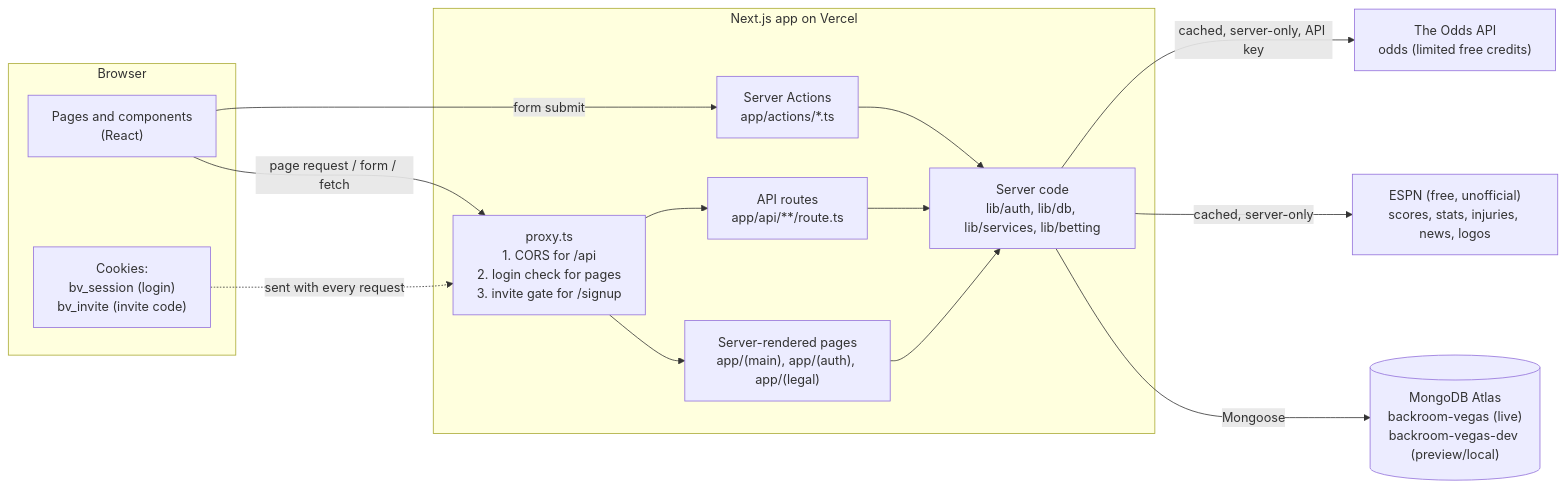
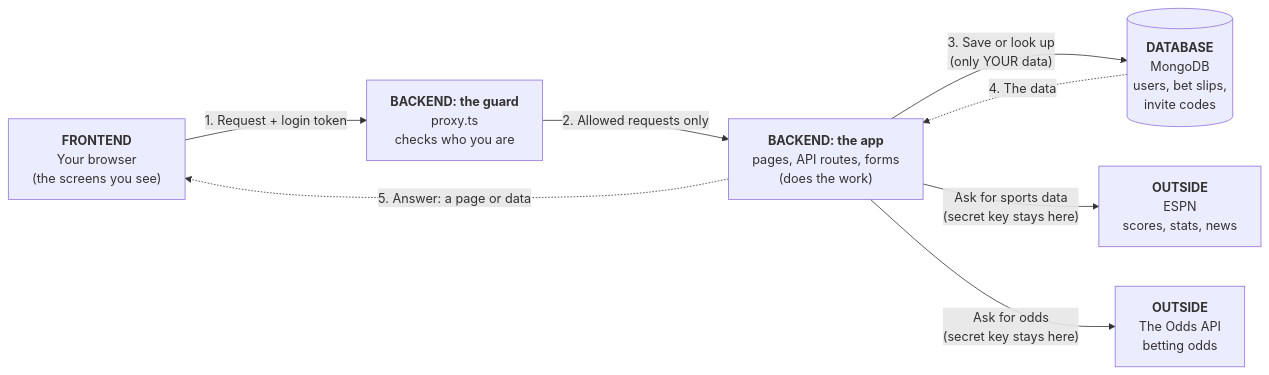
Before and after one commit to KingVictor501/backroom-vegas: the first of 2 diagrams in docs/system-diagram.md, drawn with Mermaid. The commit also changed other lines of this file, not shown here.

Commit message:
Docs: system diagram in plain English

````diff
--- a/docs/system-diagram.md
+++ b/docs/system-diagram.md
@@ -5,31 +7,17 @@
 ```mermaid
 flowchart LR
-  subgraph Browser
-    UI["Pages and components<br/>(React)"]
-    Cookies["Cookies:<br/>bv_session (login)<br/>bv_invite (invite code)"]
-  end
+  Browser["<b>FRONTEND</b><br/>Your browser<br/>(the screens you see)"]
+  Guard["<b>BACKEND: the guard</b><br/>proxy.ts<br/>checks who you are"]
+  App["<b>BACKEND: the app</b><br/>pages, API routes, forms<br/>(does the work)"]
+  DB[("<b>DATABASE</b><br/>MongoDB<br/>users, bet slips,<br/>invite codes")]
+  ESPN["<b>OUTSIDE</b><br/>ESPN<br/>scores, stats, news"]
+  Odds["<b>OUTSIDE</b><br/>The Odds API<br/>betting odds"]
 
-  subgraph Vercel["Next.js app on Vercel"]
-    Proxy["proxy.ts<br/>1. CORS for /api<br/>2. login check for pages<br/>3. invite gate for /signup"]
-    Pages["Server-rendered pages<br/>app/(main), app/(auth), app/(legal)"]
-    API["API routes<br/>app/api/**/route.ts"]
-    Actions["Server Actions<br/>app/actions/*.ts"]
-    Lib["Server code<br/>lib/auth, lib/db, lib/services, lib/betting"]
-  end
-
-  DB[("MongoDB Atlas<br/>backroom-vegas (live)<br/>backroom-vegas-dev (preview/local)")]
-  ESPN["ESPN (free, unofficial)<br/>scores, stats, injuries, news, logos"]
-  Odds["The Odds API<br/>odds (limited free credits)"]
-
-  UI -->|"page request / form / fetch"| Proxy
-  Cookies -.->|sent with every request| Proxy
-  Proxy --> Pages
-  Proxy --> API
-  UI -->|"form submit"| Actions
-  Pages --> Lib
-  API --> Lib
-  Actions --> Lib
-  Lib -->|"Mongoose"| DB
-  Lib -->|"cached, server-only"| ESPN
-  Lib -->|"cached, server-only, API key"| Odds
+  Browser -->|"1. Request + login token"| Guard
+  Guard -->|"2. Allowed requests only"| App
+  App -->|"3. Save or look up<br/>(only YOUR data)"| DB
+  DB -.->|"4. The data"| App
+  App -->|"Ask for sports data<br/>(secret key stays here)"| ESPN
+  App -->|"Ask for odds<br/>(secret key stays here)"| Odds
+  App -.->|"5. Answer: a page or data"| Browser
 ```
````
